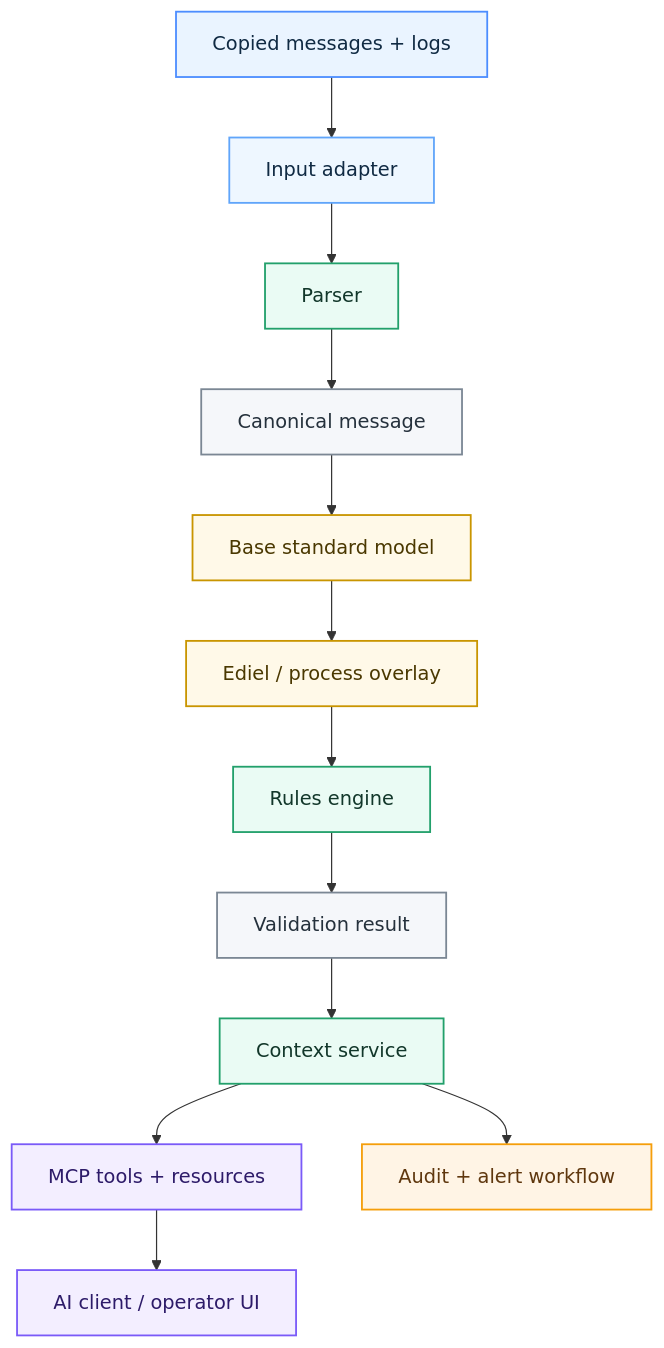
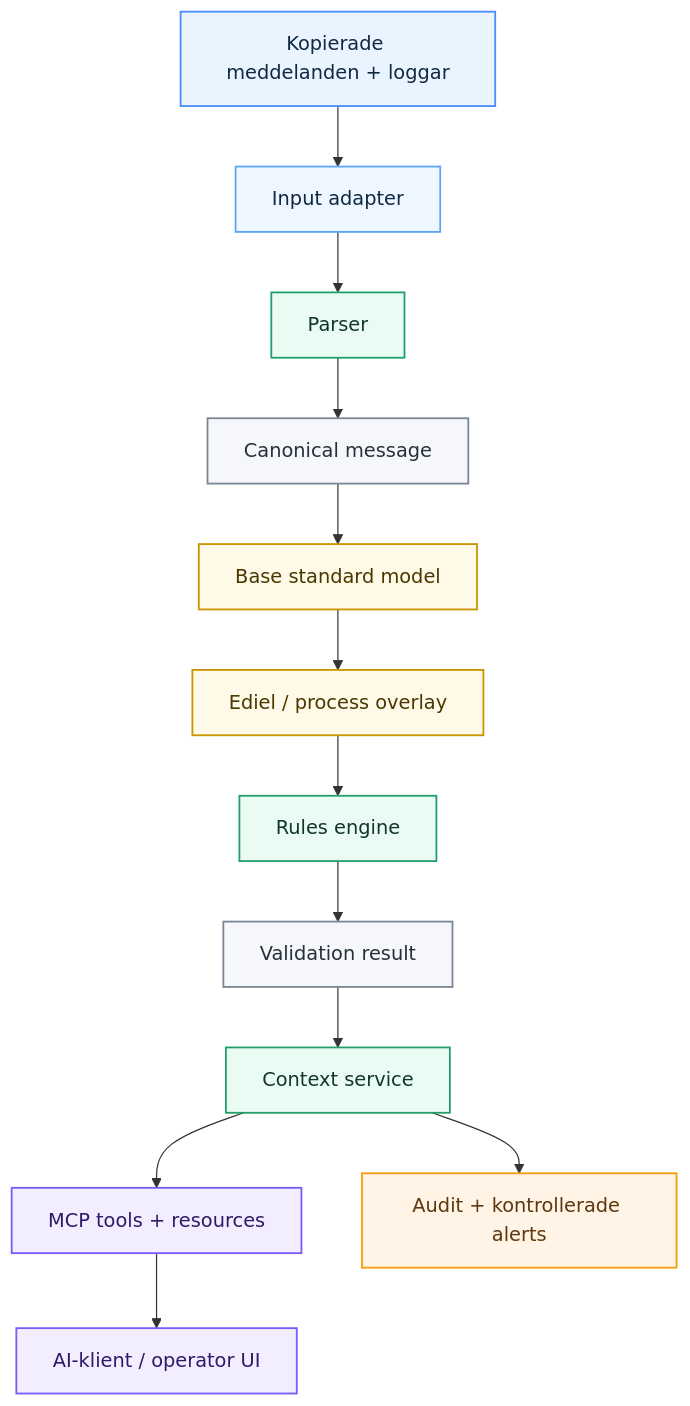
The diagram in ARCHITECTURE.md (cjrandersson/tydel-arosyn-mcp), drawn with Mermaid before and after one commit. The commit also changed other lines of this file, not shown here.

````diff
--- a/ARCHITECTURE.md
+++ b/ARCHITECTURE.md
@@ -45,22 +45,22 @@
 ```mermaid
 flowchart TD
-    A["Copied messages + logs"]:::input --> B["Input adapter"]:::adapter
+    A["Kopierade meddelanden + loggar"]:::input --> B["Input adapter"]:::adapter
     B --> C["Parser"]:::core
     C --> D["Canonical message"]:::data
     D --> E["Base standard model"]:::standard
     E --> F["Ediel / process overlay"]:::standard
     F --> G["Rules engine"]:::core
     G --> H["Validation result"]:::data
     H --> I["Context service"]:::core
     I --> J["MCP tools + resources"]:::mcp
-    J --> K["AI client / operator UI"]:::mcp
-    I --> L["Audit + alert workflow"]:::action
+    J --> K["AI-klient / operator UI"]:::mcp
+    I --> L["Audit + kontrollerade alerts"]:::action
 
     classDef input fill:#EAF4FF,stroke:#4C8DFF,color:#102A43,stroke-width:1.5px;
     classDef adapter fill:#EEF7FF,stroke:#60A5FA,color:#102A43,stroke-width:1.5px;
     classDef core fill:#EAFBF4,stroke:#22A06B,color:#12372A,stroke-width:1.5px;
     classDef data fill:#F5F7FA,stroke:#7B8794,color:#25313C,stroke-width:1.5px;
     classDef standard fill:#FFF9E8,stroke:#C99500,color:#4A3800,stroke-width:1.5px;
     classDef mcp fill:#F3EEFF,stroke:#7A5AF8,color:#2D1B69,stroke-width:1.5px;
     classDef action fill:#FFF4E5,stroke:#F59E0B,color:#5F370E,stroke-width:1.5px;
 ```
````
